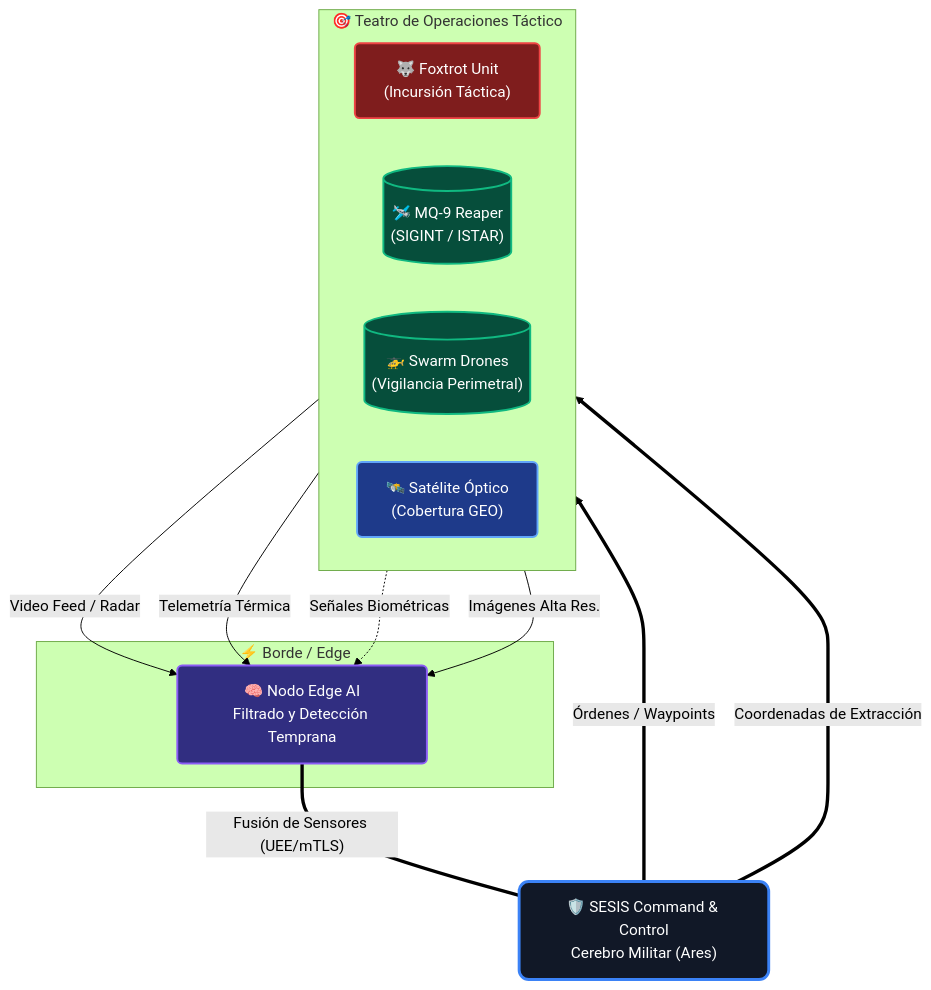
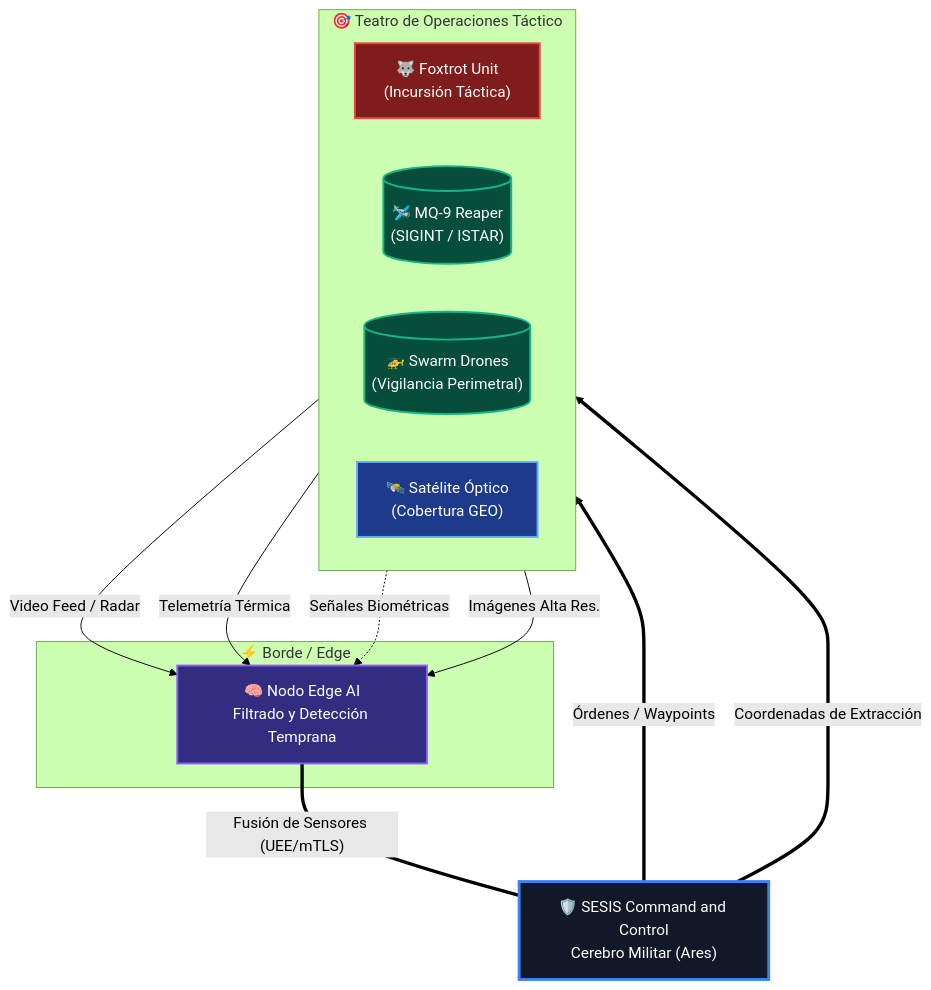
One commit to murdok1982/SistemaChitauri changed the first of 2 diagrams in README.md. Above: the diagram before and after it, drawn with Mermaid (forest theme). The commit also changed other lines of this file, not shown here.

Commit message:
fix: mermaid diagrams syntax error

````diff
--- a/README.md
+++ b/README.md
@@ -32,38 +32,38 @@
 ```mermaid
 flowchart TD
     %% Estilos Globales
-    classDef C2 fill:#111827,stroke:#3b82f6,stroke-width:3px,color:#fff,shape:rect,rx:10,ry:10;
-    classDef drone fill:#064e3b,stroke:#10b981,stroke-width:2px,color:#fff,rx:5,ry:5;
-    classDef squad fill:#7f1d1d,stroke:#ef4444,stroke-width:2px,color:#fff,rx:5,ry:5;
-    classDef sat fill:#1e3a8a,stroke:#60a5fa,stroke-width:2px,color:#fff,rx:5,ry:5;
-    classDef ai fill:#312e81,stroke:#8b5cf6,stroke-width:2px,color:#fff,rx:5,ry:5;
+    classDef C2 fill:#111827,stroke:#3b82f6,stroke-width:3px,color:#fff;
+    classDef drone fill:#064e3b,stroke:#10b981,stroke-width:2px,color:#fff;
+    classDef squad fill:#7f1d1d,stroke:#ef4444,stroke-width:2px,color:#fff;
+    classDef sat fill:#1e3a8a,stroke:#60a5fa,stroke-width:2px,color:#fff;
+    classDef ai fill:#312e81,stroke:#8b5cf6,stroke-width:2px,color:#fff;
 
     %% Nodos Core
-    C2Centro["🛡️ SESIS Command & Control<br/>Cerebro Militar (Ares)"]:::C2
+    C2Centro["🛡️ SESIS Command and Control<br/>Cerebro Militar (Ares)"]:::C2
     
     %% Teatro de Operaciones
-    subgraph Teatro_de_Operaciones ["🎯 Teatro de Operaciones Táctico"]
+    subgraph Teatro_de_Operaciones["🎯 Teatro de Operaciones Táctico"]
         direction LR
         SQUAD_A["🐺 Foxtrot Unit<br/>(Incursión Táctica)"]:::squad
         UAV_1[("🛩️ MQ-9 Reaper<br/>(SIGINT / ISTAR)")]:::drone
         UAV_2[("🚁 Swarm Drones<br/>(Vigilancia Perimetral)")]:::drone
         SAT_1["🛰️ Satélite Óptico<br/>(Cobertura GEO)"]:::sat
     end
 
     %% Edge
-    subgraph Edge_Processing ["⚡ Borde / Edge"]
+    subgraph Edge_Processing["⚡ Borde / Edge"]
         EDGE_AI["🧠 Nodo Edge AI<br/>Filtrado y Detección Temprana"]:::ai
     end
 
     %% Enlaces Sensoriales
     UAV_1 -- "Video Feed / Radar" --> EDGE_AI
     UAV_2 -- "Telemetría Térmica" --> EDGE_AI
     SQUAD_A -. "Señales Biométricas" .-> EDGE_AI
     SAT_1 -- "Imágenes Alta Res." --> EDGE_AI
     
     EDGE_AI == "Fusión de Sensores (UEE/mTLS)" === C2Centro
     
     %% Enlaces de Comando (C2)
     C2Centro == "Órdenes / Waypoints" ===> UAV_1
     C2Centro == "Coordenadas de Extracción" ===> SQUAD_A
 ```
````
